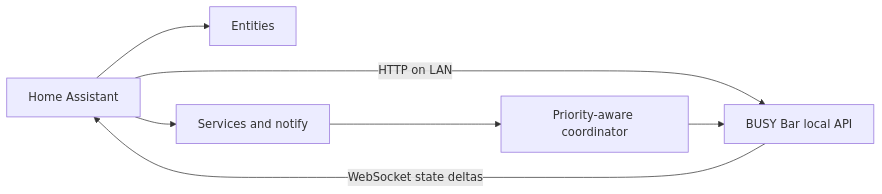
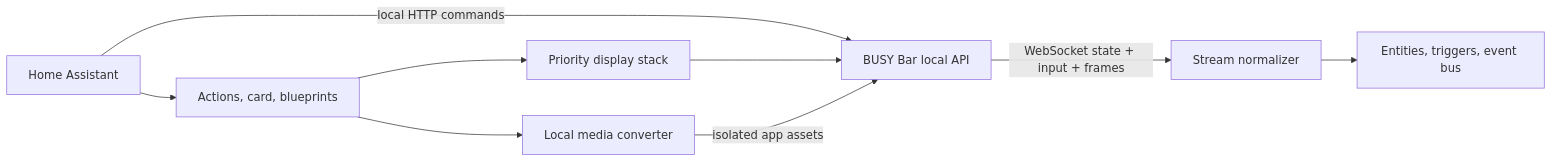
Before and after one commit to amcchord/home-assistant-busybar: the diagram in docs/architecture.md, drawn with Mermaid. The commit also changed other lines of this file and 65 other files, not shown here.

First line of the commit message:
Build the BUSY Bar playground

````diff
--- a/docs/architecture.md
+++ b/docs/architecture.md
@@ -5,9 +5,11 @@
 ```mermaid
 flowchart LR
-    HA["Home Assistant"] -->|"HTTP on LAN"| API["BUSY Bar local API"]
-    API -->|"WebSocket state deltas"| HA
-    HA --> E["Entities"]
-    HA --> S["Services and notify"]
-    S --> C["Priority-aware coordinator"]
-    C --> API
+    HA["Home Assistant"] -->|"local HTTP commands"| API["BUSY Bar local API"]
+    API -->|"WebSocket state + input + frames"| STREAM["Stream normalizer"]
+    STREAM --> ENT["Entities, triggers, event bus"]
+    HA --> ACT["Actions, card, blueprints"]
+    ACT --> STACK["Priority display stack"]
+    STACK --> API
+    ACT --> MEDIA["Local media converter"]
+    MEDIA -->|"isolated app assets"| API
 ```
````
